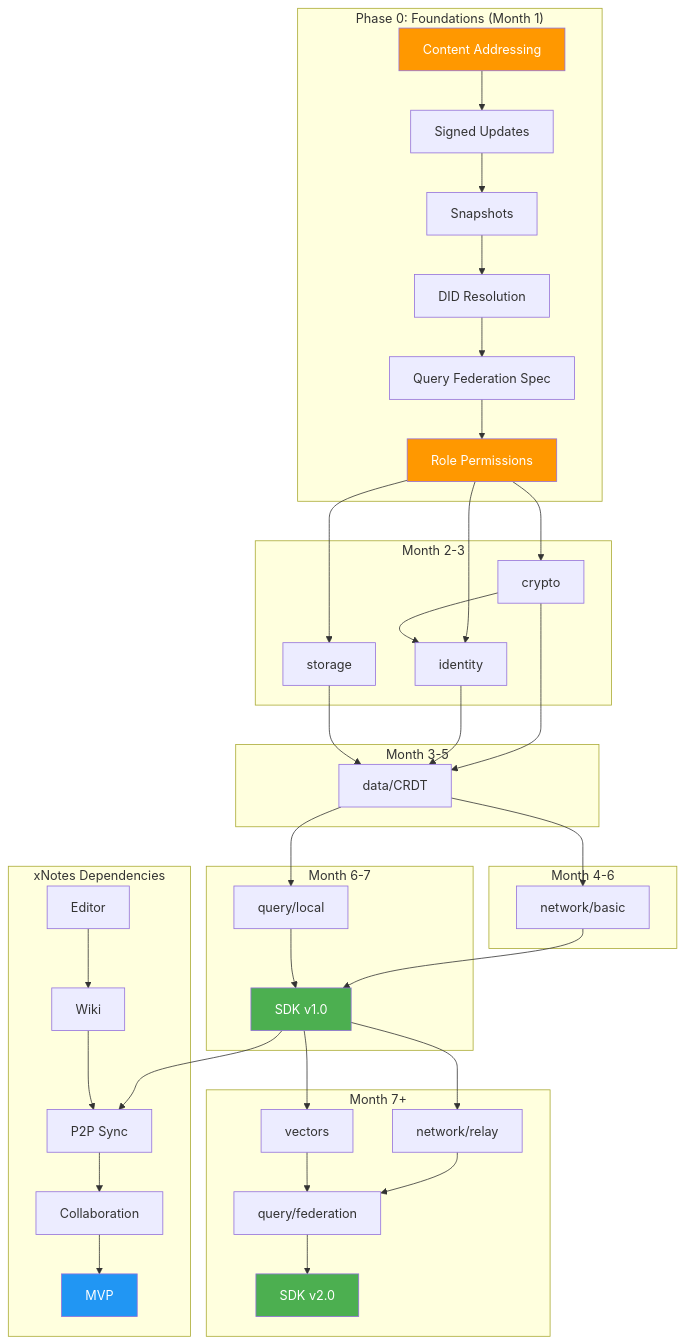
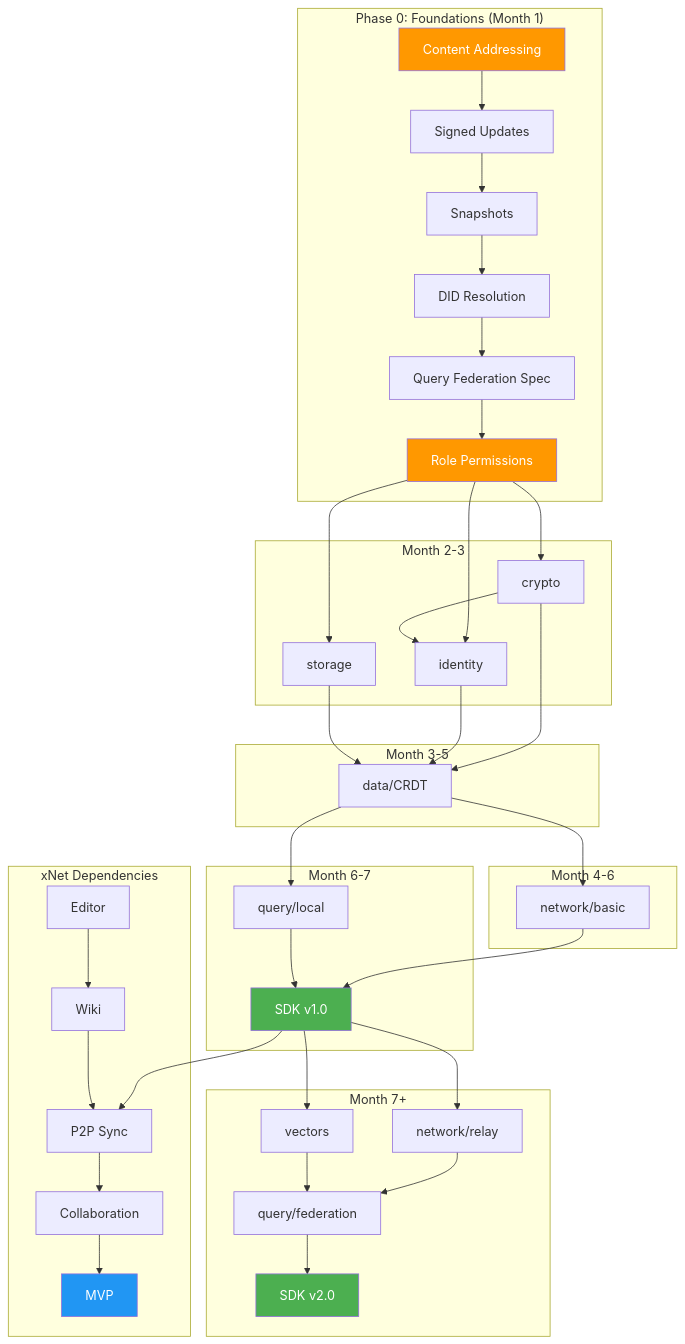
Before and after one commit to crs48/xNet: the second of 3 diagrams in docs/plan/02-development-timeline.md, drawn with Mermaid. The commit also changed other lines of this file and 44 other files, not shown here.

First line of the commit message:
Rename xNotes to xNet throughout codebase

````diff
--- a/docs/plan/02-development-timeline.md
+++ b/docs/plan/02-development-timeline.md
@@ -79,73 +79,73 @@
 ```mermaid
 flowchart TB
     subgraph "Phase 0: Foundations (Month 1)"
         F1[Content Addressing]
         F2[Signed Updates]
         F3[Snapshots]
         F4[DID Resolution]
         F5[Query Federation Spec]
         F6[Role Permissions]
         F1 --> F2
         F2 --> F3
         F3 --> F4
         F4 --> F5
         F5 --> F6
     end
 
     subgraph "Month 2-3"
         C[crypto]
         I[identity]
         S[storage]
     end
 
     subgraph "Month 3-5"
         D["data/CRDT"]
     end
 
     subgraph "Month 4-6"
         N1["network/basic"]
     end
 
     subgraph "Month 6-7"
         Q1["query/local"]
         SDK1["SDK v1.0"]
     end
 
     subgraph "Month 7+"
         N2["network/relay"]
         V[vectors]
         Q2["query/federation"]
         SDK2["SDK v2.0"]
     end
 
     F6 --> C
     F6 --> I
     F6 --> S
     C --> I
     C --> D
     I --> D
     S --> D
     D --> N1
     D --> Q1
     N1 --> SDK1
     Q1 --> SDK1
     SDK1 --> N2
     SDK1 --> V
     N2 --> Q2
     V --> Q2
     Q2 --> SDK2
 
-    subgraph "xNotes Dependencies"
+    subgraph "xNet Dependencies"
         XN1[Editor] --> XN2[Wiki]
         SDK1 --> XN3[P2P Sync]
         XN2 --> XN3
         XN3 --> XN4[Collaboration]
         XN4 --> XN5[MVP]
     end
 
     style F1 fill:#ff9800,color:#fff
     style F6 fill:#ff9800,color:#fff
     style SDK1 fill:#4caf50,color:#fff
     style SDK2 fill:#4caf50,color:#fff
     style XN5 fill:#2196f3,color:#fff
 ```
````
